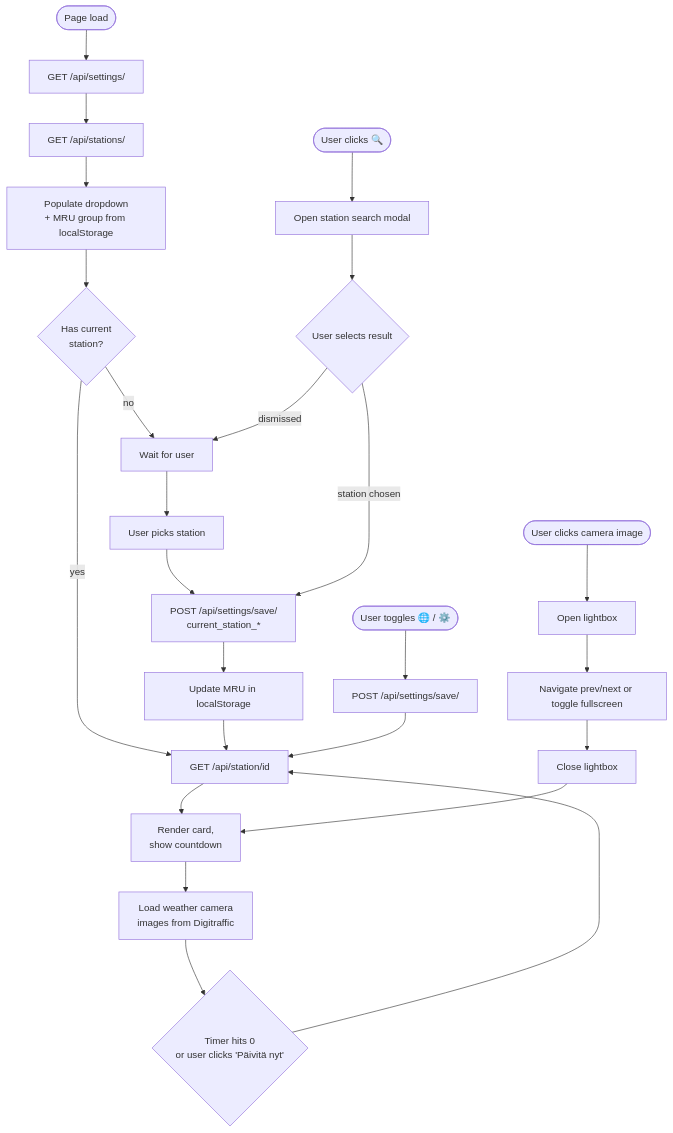
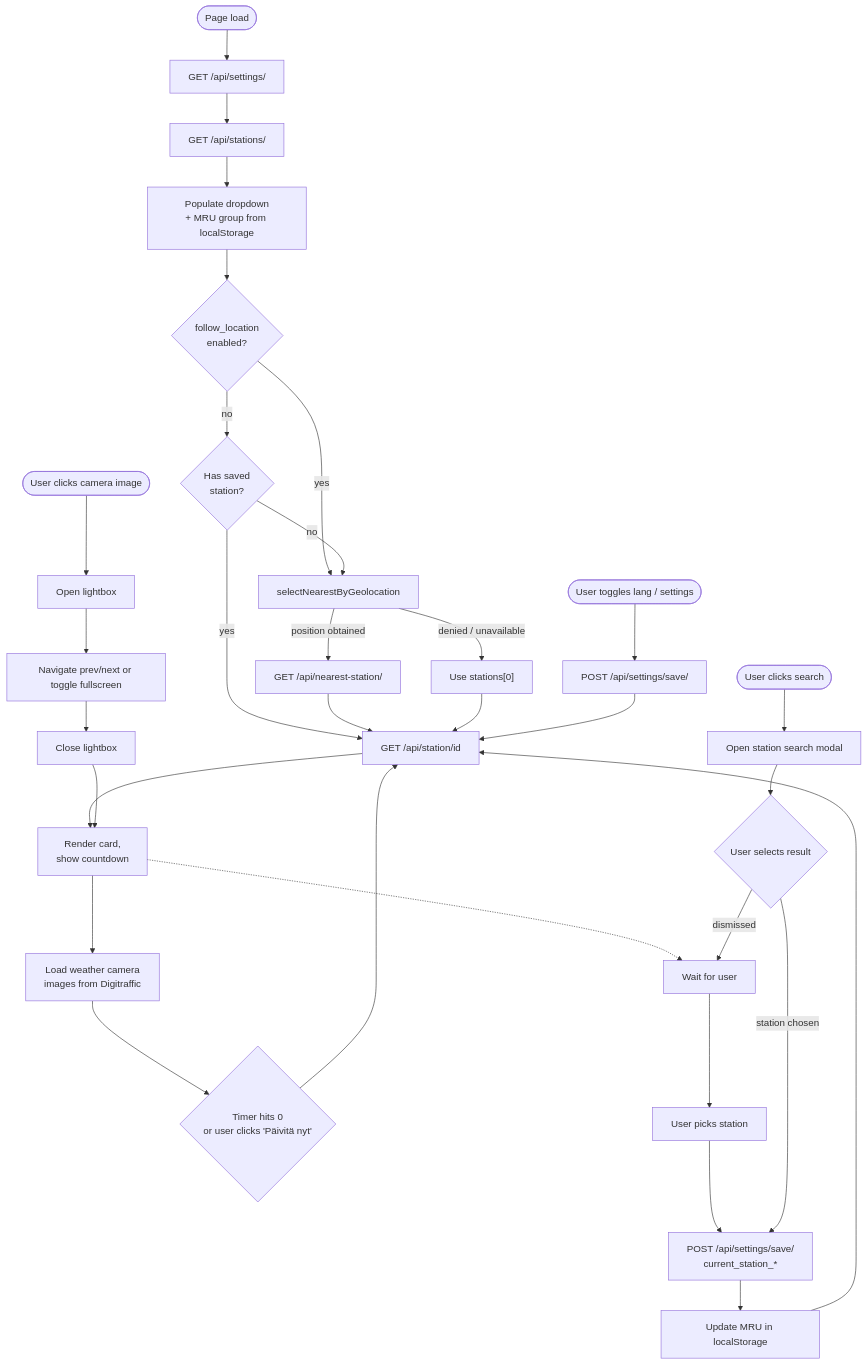
Before and after one commit to jjankkil/weatherview-django: the ninth of 10 diagrams in docs/ARCHITECTURE.md, drawn with Mermaid. The commit also changed other lines of this file and 6 other files, not shown here.

Commit message:
Add usage of browser geolocation api

````diff
--- a/docs/ARCHITECTURE.md
+++ b/docs/ARCHITECTURE.md
@@ -373,27 +382,34 @@
 ```mermaid
 flowchart TD
     A([Page load]) --> B[GET /api/settings/]
     B --> C[GET /api/stations/]
     C --> D[Populate dropdown<br/>+ MRU group from localStorage]
-    D --> E{Has current<br/>station?}
-    E -->|yes| F[GET /api/station/id]
-    E -->|no| G[Wait for user]
+    D --> E{follow_location<br/>enabled?}
+    E -->|yes| GEO[selectNearestByGeolocation]
+    E -->|no| E2{Has saved<br/>station?}
+    E2 -->|yes| F[GET /api/station/id]
+    E2 -->|no| GEO
+    GEO -->|position obtained| NS[GET /api/nearest-station/]
+    GEO -->|denied / unavailable| F1["Use stations[0]"]
+    NS --> F
+    F1 --> F
     F --> H[Render card,<br/>show countdown]
     H --> I[Load weather camera<br/>images from Digitraffic]
+    H -.-> G[Wait for user]
     I --> J{Timer hits 0<br/>or user clicks 'Päivitä nyt'}
     J --> F
     G --> K[User picks station]
     K --> L[POST /api/settings/save/<br/>current_station_*]
     L --> M[Update MRU in localStorage]
     M --> F
-    N([User toggles 🌐 / ⚙️]) --> O[POST /api/settings/save/]
+    N([User toggles lang / settings]) --> O[POST /api/settings/save/]
     O --> F
-    P([User clicks 🔍]) --> Q[Open station search modal]
+    P([User clicks search]) --> Q[Open station search modal]
     Q --> R{User selects result}
     R -->|station chosen| L
     R -->|dismissed| G
     S([User clicks camera image]) --> T[Open lightbox]
     T --> U[Navigate prev/next or toggle fullscreen]
     U --> V[Close lightbox]
     V --> H
 ```
````
